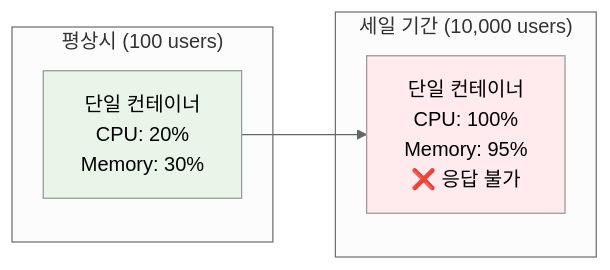
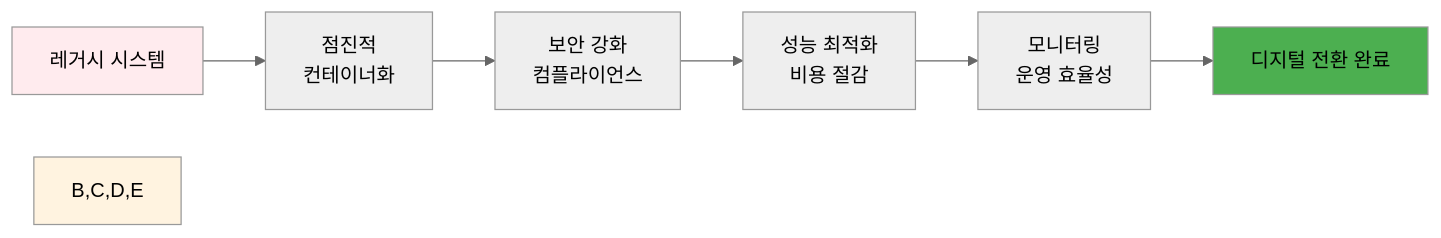
One commit to niceguy61/kdt_devops_lecture_2025 changed the fourth of 5 diagrams in theory/week_02/day4/session_1.md. Above: the diagram before and after it, drawn with Mermaid (neutral theme). The commit also changed other lines of this file and 27 other files, not shown here.

````diff
--- a/theory/week_02/day4/session_1.md
+++ b/theory/week_02/day4/session_1.md
@@ -73,15 +130,12 @@
 ```mermaid
 graph LR
-    subgraph "평상시 (100 users)"
-        A1[단일 컨테이너<br/>CPU: 20%<br/>Memory: 30%]
-    end
+    A[레거시 시스템] --> B[점진적<br/>컨테이너화]
+    B --> C[보안 강화<br/>컴플라이언스]
+    C --> D[성능 최적화<br/>비용 절감]
+    D --> E[모니터링<br/>운영 효율성]
+    E --> F[디지털 전환 완료]
     
-    subgraph "세일 기간 (10,000 users)"
-        A2[단일 컨테이너<br/>CPU: 100%<br/>Memory: 95%<br/>❌ 응답 불가]
-    end
-    
-    A1 --> A2
-    
-    style A1 fill:#e8f5e8
-    style A2 fill:#ffebee
+    style A fill:#ffebee
+    style B,C,D,E fill:#fff3e0
+    style F fill:#4caf50
 ```
````
